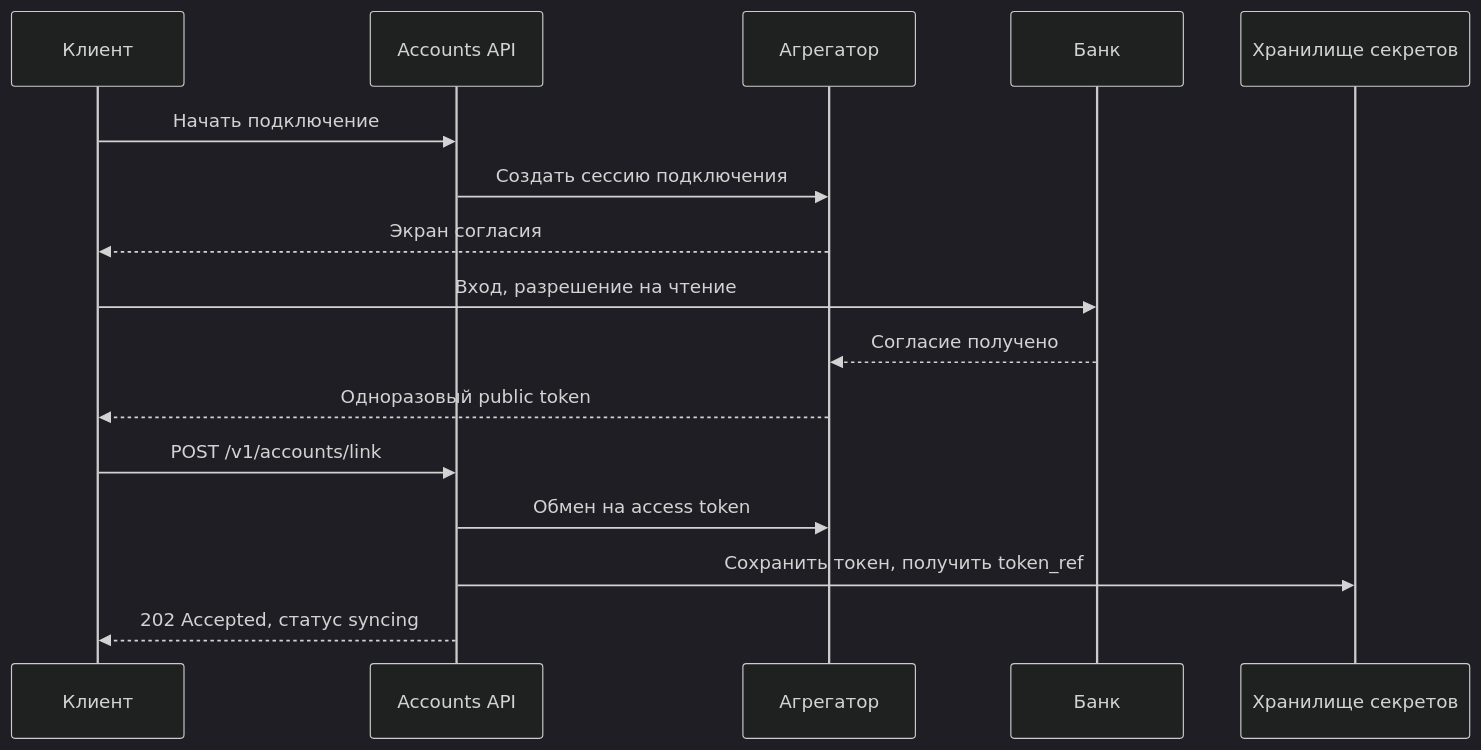
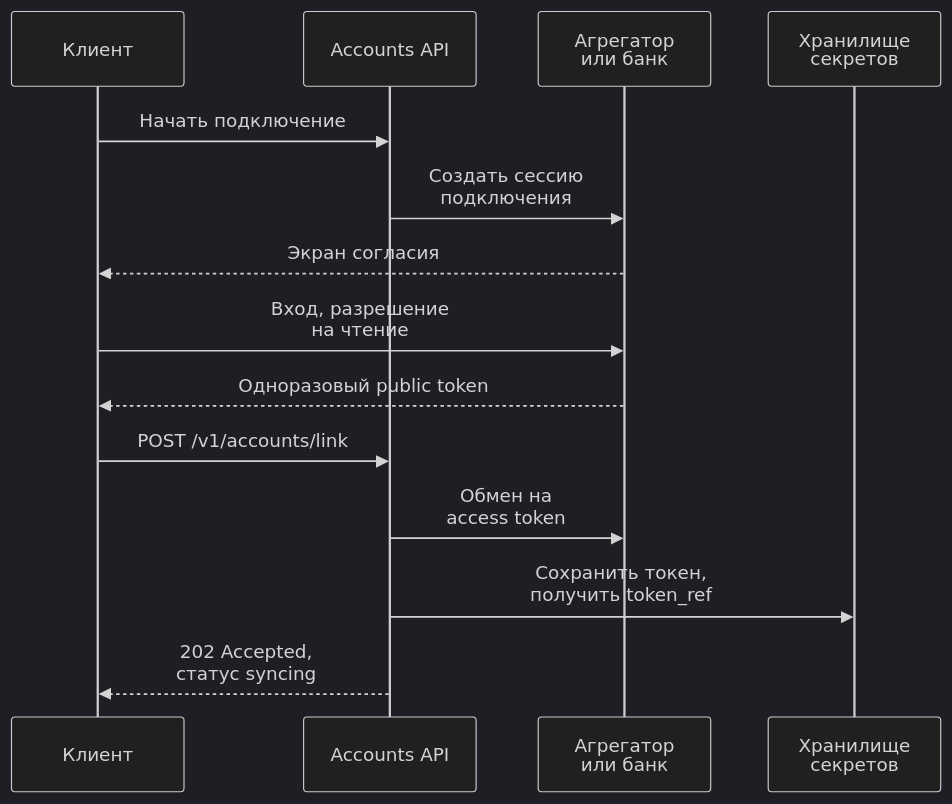
The second of 3 diagrams in src/content/docs/ru/practice/personal-finance-mint.mdx (butyavk/system-design), drawn with Mermaid (dark theme) before and after one commit. The commit also changed other lines of this file and 144 other files, not shown here.

````diff
--- a/src/content/docs/ru/practice/personal-finance-mint.mdx
+++ b/src/content/docs/ru/practice/personal-finance-mint.mdx
@@ -108,18 +108,16 @@
 ```mermaid
 sequenceDiagram
   participant U as Клиент
   participant A as Accounts API
-  participant P as Агрегатор
-  participant B as Банк
-  participant V as Хранилище секретов
+  participant P as Агрегатор<br/>или банк
+  participant V as Хранилище<br/>секретов
   U->>A: Начать подключение
-  A->>P: Создать сессию подключения
+  A->>P: Создать сессию<br/>подключения
   P-->>U: Экран согласия
-  U->>B: Вход, разрешение на чтение
-  B-->>P: Согласие получено
+  U->>P: Вход, разрешение<br/>на чтение
   P-->>U: Одноразовый public token
   U->>A: POST /v1/accounts/link
-  A->>P: Обмен на access token
-  A->>V: Сохранить токен, получить token_ref
-  A-->>U: 202 Accepted, статус syncing
+  A->>P: Обмен на<br/>access token
+  A->>V: Сохранить токен,<br/>получить token_ref
+  A-->>U: 202 Accepted,<br/>статус syncing
 ```
````
